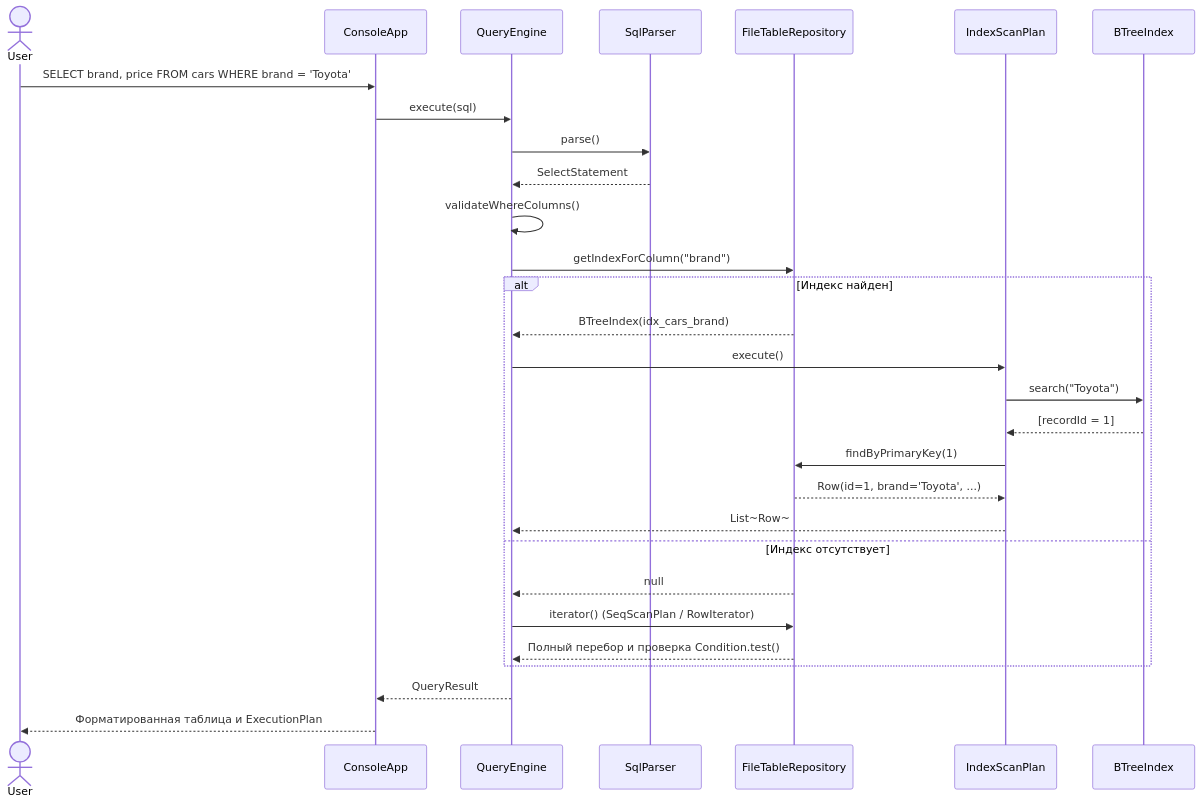
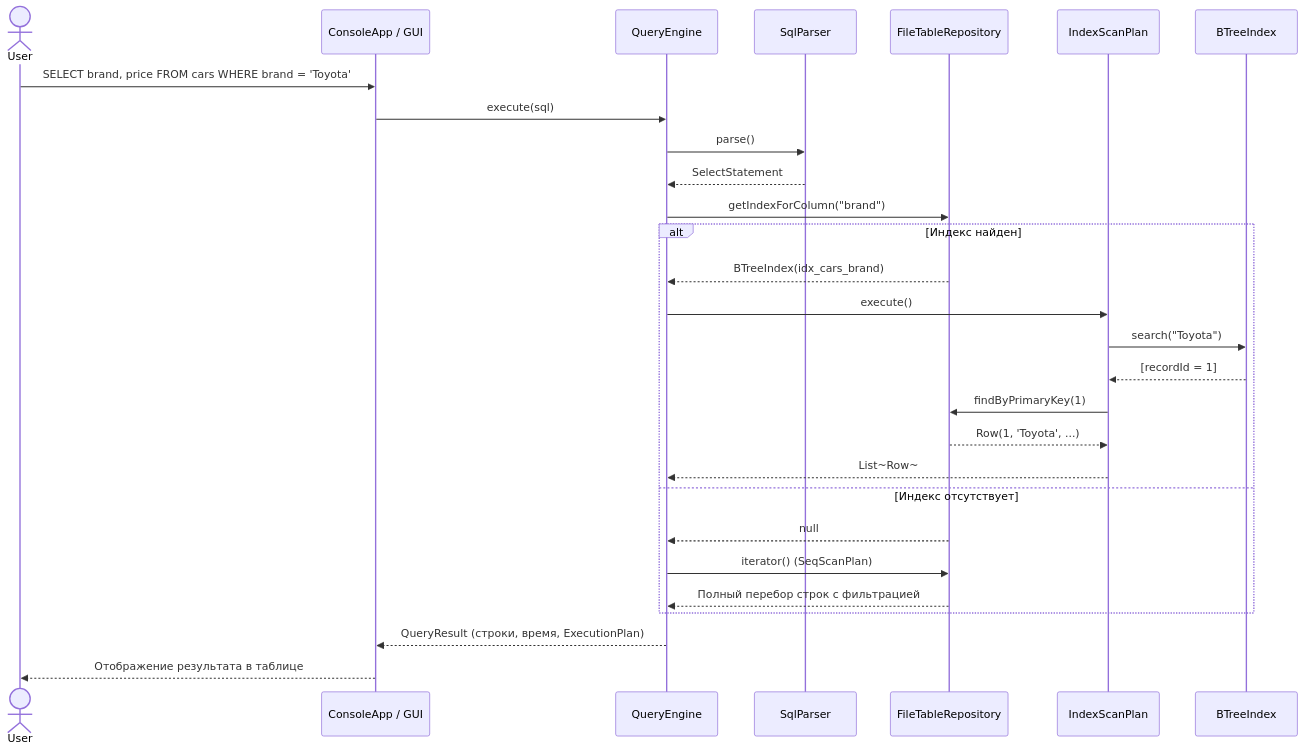
One commit to DanislonZombovich/java-lab2 changed the second of 2 diagrams in README.md. Above: the diagram before and after it, drawn with Mermaid. The commit also changed other lines of this file and 43 other files, not shown here.

````diff
--- a/README.md
+++ b/README.md
@@ -159,32 +161,31 @@
 ```mermaid
 sequenceDiagram
     actor User
-    participant ConsoleApp
-    participant QueryEngine
-    participant SqlParser
-    participant FileTableRepository
-    participant IndexScanPlan
-    participant BTreeIndex
+    participant App as ConsoleApp / GUI
+    participant Engine as QueryEngine
+    participant Parser as SqlParser
+    participant Repo as FileTableRepository
+    participant Plan as IndexScanPlan
+    participant Index as BTreeIndex
 
-    User->>ConsoleApp: SELECT brand, price FROM cars WHERE brand = 'Toyota';
-    ConsoleApp->>QueryEngine: execute(sql)
-    QueryEngine->>SqlParser: parse()
-    SqlParser-->>QueryEngine: SelectStatement
-    QueryEngine->>QueryEngine: validateWhereColumns()
-    QueryEngine->>FileTableRepository: getIndexForColumn("brand")
+    User->>App: SELECT brand, price FROM cars WHERE brand = 'Toyota';
+    App->>Engine: execute(sql)
+    Engine->>Parser: parse()
+    Parser-->>Engine: SelectStatement
+    Engine->>Repo: getIndexForColumn("brand")
     alt Индекс найден
-        FileTableRepository-->>QueryEngine: BTreeIndex(idx_cars_brand)
-        QueryEngine->>IndexScanPlan: execute()
-        IndexScanPlan->>BTreeIndex: search("Toyota")
-        BTreeIndex-->>IndexScanPlan: [recordId = 1]
-        IndexScanPlan->>FileTableRepository: findByPrimaryKey(1)
-        FileTableRepository-->>IndexScanPlan: Row(id=1, brand='Toyota', ...)
-        IndexScanPlan-->>QueryEngine: List~Row~
+        Repo-->>Engine: BTreeIndex(idx_cars_brand)
+        Engine->>Plan: execute()
+        Plan->>Index: search("Toyota")
+        Index-->>Plan: [recordId = 1]
+        Plan->>Repo: findByPrimaryKey(1)
+        Repo-->>Plan: Row(1, 'Toyota', ...)
+        Plan-->>Engine: List~Row~
     else Индекс отсутствует
-        FileTableRepository-->>QueryEngine: null
-        QueryEngine->>FileTableRepository: iterator() (SeqScanPlan / RowIterator)
-        FileTableRepository-->>QueryEngine: Полный перебор и проверка Condition.test()
+        Repo-->>Engine: null
+        Engine->>Repo: iterator() (SeqScanPlan)
+        Repo-->>Engine: Полный перебор строк с фильтрацией
     end
-    QueryEngine-->>ConsoleApp: QueryResult
-    ConsoleApp-->>User: Форматированная таблица и ExecutionPlan
+    Engine-->>App: QueryResult (строки, время, ExecutionPlan)
+    App-->>User: Отображение результата в таблице
 ```
````
